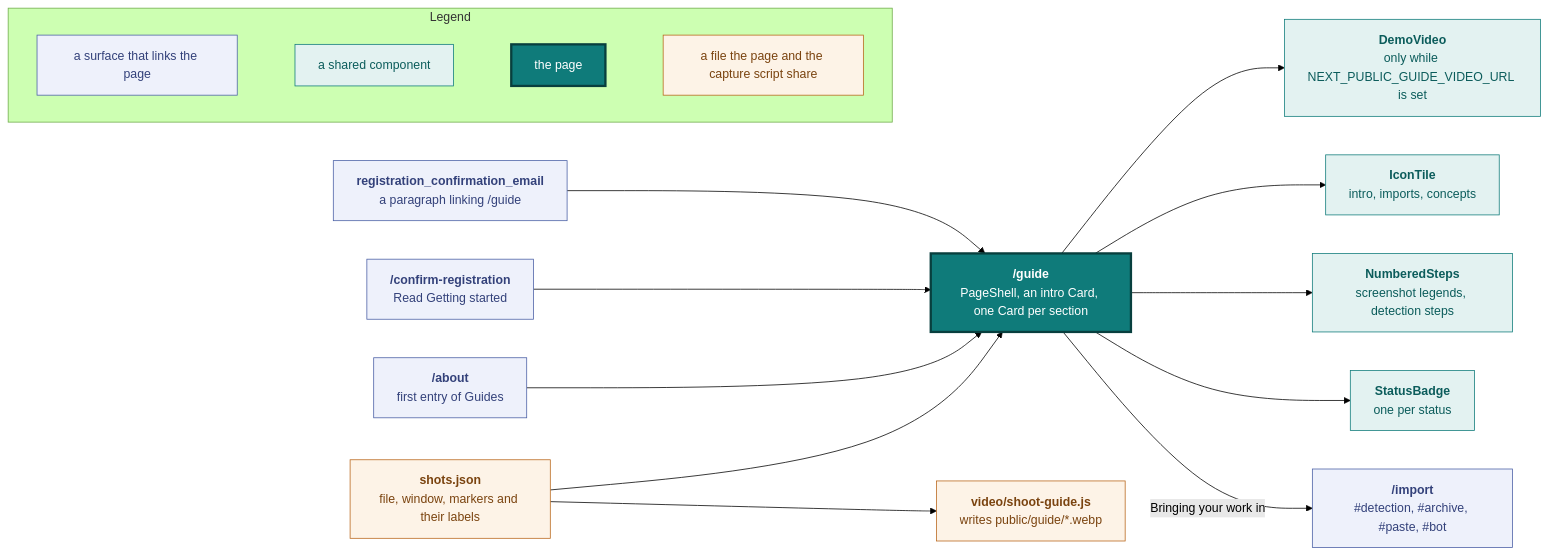
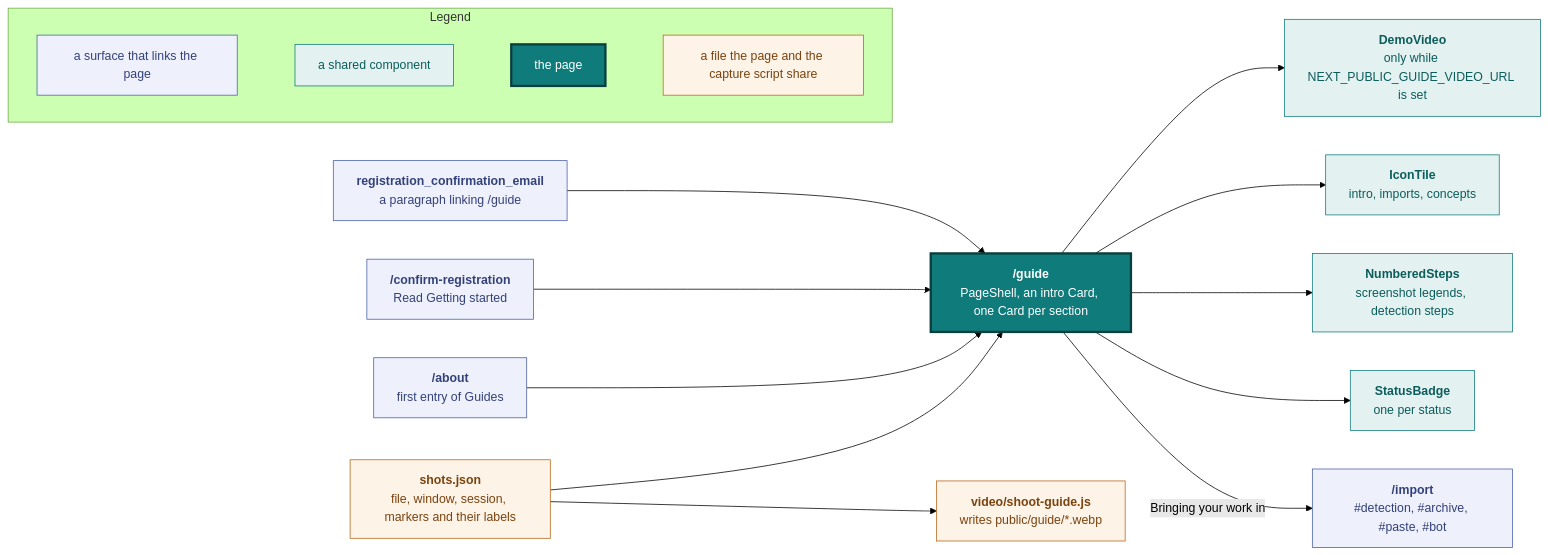
One commit to vidithq/vidit changed the third of 12 diagrams in docs/design.md. Above: the diagram before and after it, drawn with Mermaid (forest theme). The commit also changed other lines of this file and 14 other files, not shown here.

````diff
--- a/docs/design.md
+++ b/docs/design.md
@@ -364,50 +364,50 @@
 ```mermaid
 flowchart LR
   classDef spec fill:#eef1fb,stroke:#4a5fa5,color:#33417a
   classDef shared fill:#e3f2f1,stroke:#0f7b7a,color:#0b5c5b
   classDef core fill:#0f7b7a,stroke:#083f3e,stroke-width:3px,color:#ffffff
   classDef data fill:#fdf3e7,stroke:#b8661a,color:#7a430f
 
   subgraph legend [Legend]
     direction LR
     l1["`a surface that links the page`"]:::spec
     l2["`a shared component`"]:::shared
     l3["`the page`"]:::core
     l4["`a file the page and the capture script share`"]:::data
     l1 ~~~ l2 ~~~ l3 ~~~ l4
   end
 
   email["`**registration_confirmation_email**
   a paragraph linking /guide`"]:::spec
   confirm["`**/confirm-registration**
   Read Getting started`"]:::spec
   about["`**/about**
   first entry of Guides`"]:::spec
   page["`**/guide**
   PageShell, an intro Card, one Card per section`"]:::core
   video["`**DemoVideo**
   only while NEXT_PUBLIC_GUIDE_VIDEO_URL is set`"]:::shared
   tiles["`**IconTile**
   intro, imports, concepts`"]:::shared
   steps["`**NumberedSteps**
   screenshot legends, detection steps`"]:::shared
   badge["`**StatusBadge**
   one per status`"]:::shared
   shots["`**shots.json**
-  file, window, markers and their labels`"]:::data
+  file, window, session, markers and their labels`"]:::data
   script["`**video/shoot-guide.js**
   writes public/guide/*.webp`"]:::data
   imp["`**/import**
   #detection, #archive, #paste, #bot`"]:::spec
 
   email --> page
   confirm --> page
   about --> page
   page --> video
   page --> tiles
   page --> steps
   page --> badge
   shots --> page
   shots --> script
   page -->|"Bringing your work in"| imp
 ```
````
